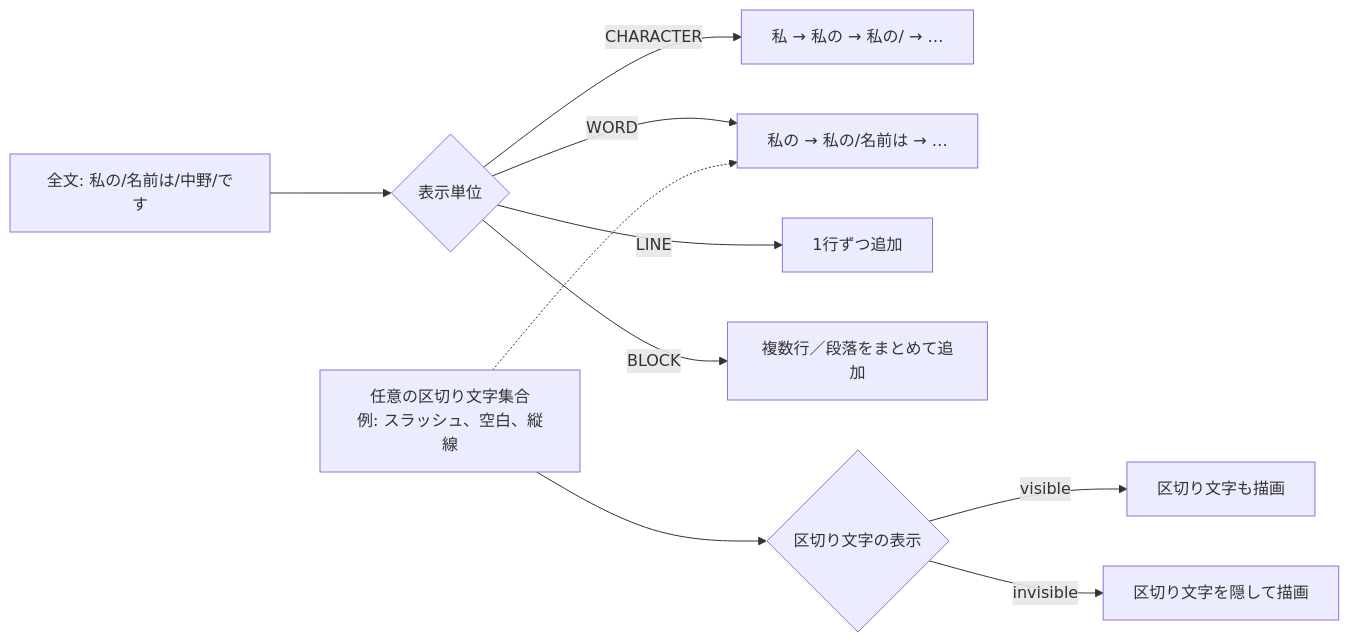
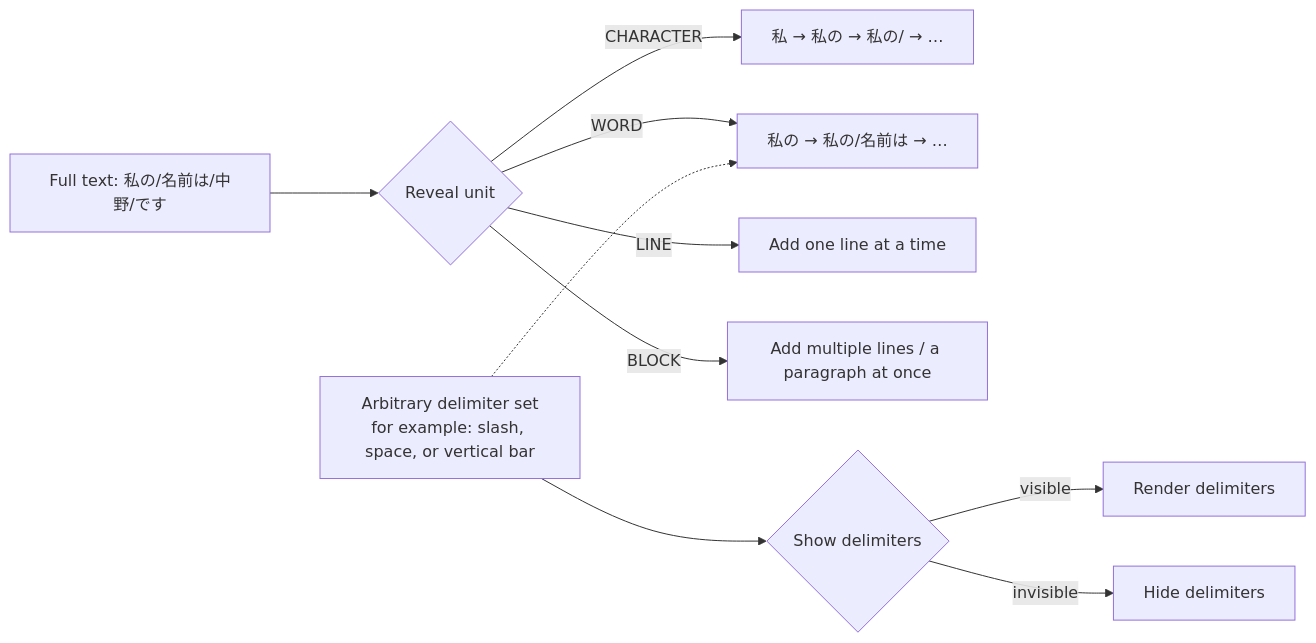
The third of 6 diagrams in README.md (kubohiroya/turbowarp-bubble), drawn with Mermaid before and after one commit. The commit also changed other lines of this file and 40 other files, not shown here.

````diff
--- a/README.md
+++ b/README.md
@@ -78,12 +135,12 @@
 ```mermaid
 flowchart LR
-  source["全文: 私の/名前は/中野/です"] --> mode{"表示単位"}
+  source["Full text: 私の/名前は/中野/です"] --> mode{"Reveal unit"}
   mode -->|CHARACTER| c["私 → 私の → 私の/ → …"]
   mode -->|WORD| w["私の → 私の/名前は → …"]
-  mode -->|LINE| l["1行ずつ追加"]
-  mode -->|BLOCK| b["複数行／段落をまとめて追加"]
-  delimiter["任意の区切り文字集合<br/>例: スラッシュ、空白、縦線"] -.-> w
-  visibility{"区切り文字の表示"} -->|visible| shown["区切り文字も描画"]
-  visibility -->|invisible| hidden["区切り文字を隠して描画"]
+  mode -->|LINE| l["Add one line at a time"]
+  mode -->|BLOCK| b["Add multiple lines / a paragraph at once"]
+  delimiter["Arbitrary delimiter set<br/>for example: slash, space, or vertical bar"] -.-> w
+  visibility{"Show delimiters"} -->|visible| shown["Render delimiters"]
+  visibility -->|invisible| hidden["Hide delimiters"]
   delimiter --> visibility
 ```
````
